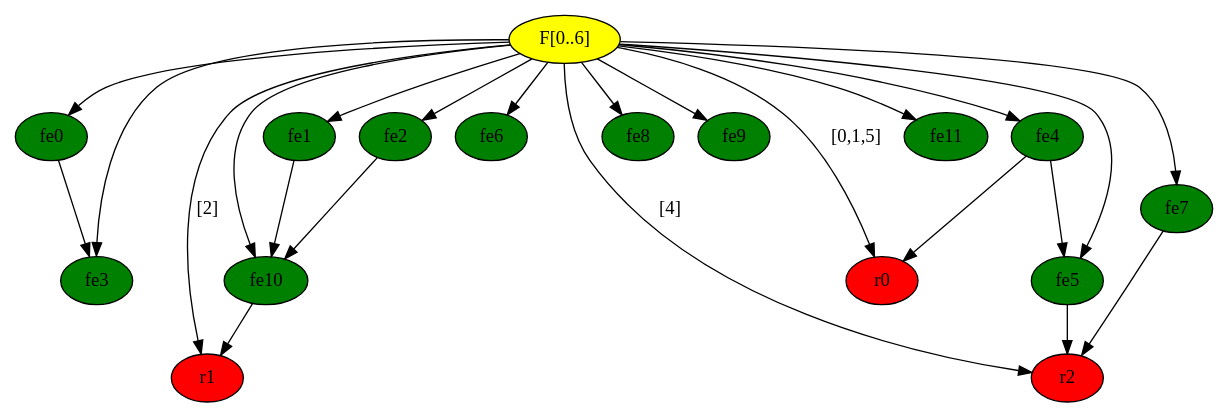
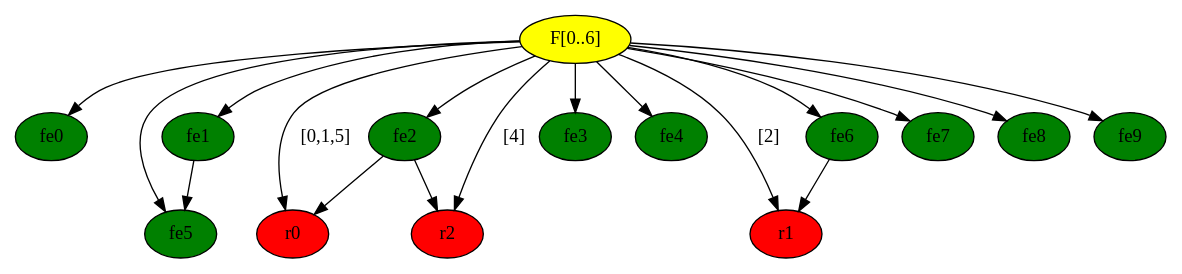
One commit to foTok/hybrid_approach changed the diagram in graph_model/pg_model/Greedy_Bayes.gv. Above: the diagram before and after it, drawn with Graphviz. The commit also changed 12 other files, not shown here.

```diff
--- a/graph_model/pg_model/Greedy_Bayes.gv
+++ b/graph_model/pg_model/Greedy_Bayes.gv
@@ -1,41 +1,33 @@
 digraph {
 	"F[0..6]" [label="F[0..6]" fillcolor=yellow style=filled]
 	fe0 [label=fe0 fillcolor=green style=filled]
 	fe1 [label=fe1 fillcolor=green style=filled]
 	fe2 [label=fe2 fillcolor=green style=filled]
 	fe3 [label=fe3 fillcolor=green style=filled]
 	fe4 [label=fe4 fillcolor=green style=filled]
 	fe5 [label=fe5 fillcolor=green style=filled]
 	fe6 [label=fe6 fillcolor=green style=filled]
 	fe7 [label=fe7 fillcolor=green style=filled]
 	fe8 [label=fe8 fillcolor=green style=filled]
 	fe9 [label=fe9 fillcolor=green style=filled]
-	fe10 [label=fe10 fillcolor=green style=filled]
-	fe11 [label=fe11 fillcolor=green style=filled]
 	r0 [label=r0 fillcolor=red style=filled]
 	r1 [label=r1 fillcolor=red style=filled]
 	r2 [label=r2 fillcolor=red style=filled]
 	"F[0..6]" -> fe0
 	"F[0..6]" -> fe1
 	"F[0..6]" -> fe2
 	"F[0..6]" -> fe3
 	"F[0..6]" -> fe4
 	"F[0..6]" -> fe5
 	"F[0..6]" -> fe6
 	"F[0..6]" -> fe7
 	"F[0..6]" -> fe8
 	"F[0..6]" -> fe9
-	"F[0..6]" -> fe10
-	"F[0..6]" -> fe11
 	"F[0..6]" -> r0 [label="[0,1,5]"]
 	"F[0..6]" -> r1 [label="[2]"]
 	"F[0..6]" -> r2 [label="[4]"]
-	fe0 -> fe3
-	fe1 -> fe10
-	fe2 -> fe10
-	fe4 -> fe5
-	fe4 -> r0
-	fe5 -> r2
-	fe7 -> r2
-	fe10 -> r1
+	fe1 -> fe5
+	fe2 -> r0
+	fe2 -> r2
+	fe6 -> r1
 }
```
